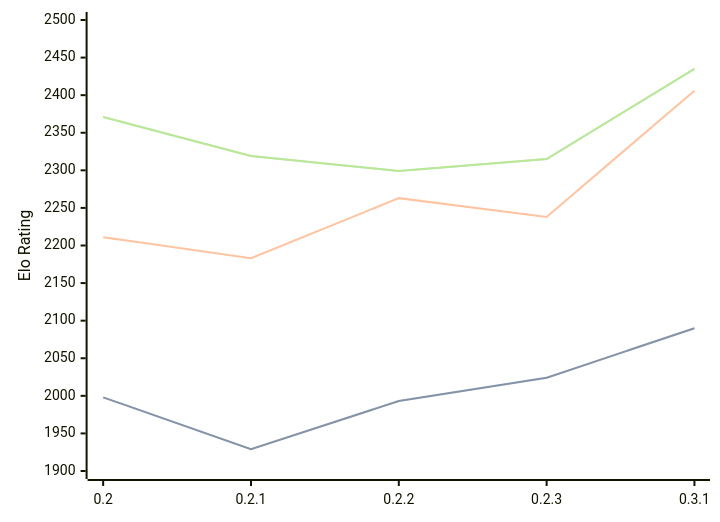
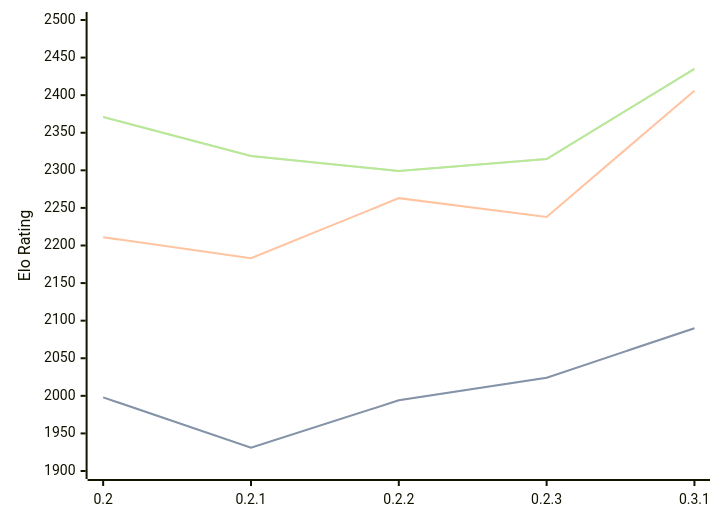
The diagram in engines/Lolbot.md (computer-chess-index/cci), drawn with Mermaid before and after one commit. The commit also changed other lines of this file, not shown here.

````diff
--- a/engines/Lolbot.md
+++ b/engines/Lolbot.md
@@ -35,11 +35,11 @@
 ```mermaid
 %%{init: {"theme":"base","themeVariables":{"seriesColors:['#a3a3a3','#222221','#faa371']}}}%%
 xychart-beta
   x-axis ["0.2", "0.2.1", "0.2.2", "0.2.3", "0.3.1"]
   y-axis "Elo Rating" 1900 --> 2500
-  line "" [1998, 1929, 1993, 2024, 2090]
-  line "STC (8.0+0.08s)" [1998, 1929, 1993, 2024, 2090]
+  line "" [1998, 1931, 1994, 2024, 2090]
+  line "STC (8.0+0.08s)" [1998, 1931, 1994, 2024, 2090]
   line "LTC (60.0+0.60s)" [2211, 2183, 2263, 2238, 2406]
   line "" [2371, 2319, 2299, 2315, 2435]
   line "VLTC (2m24s+1.12s)" [2371, 2319, 2299, 2315, 2435]
 ```
````
